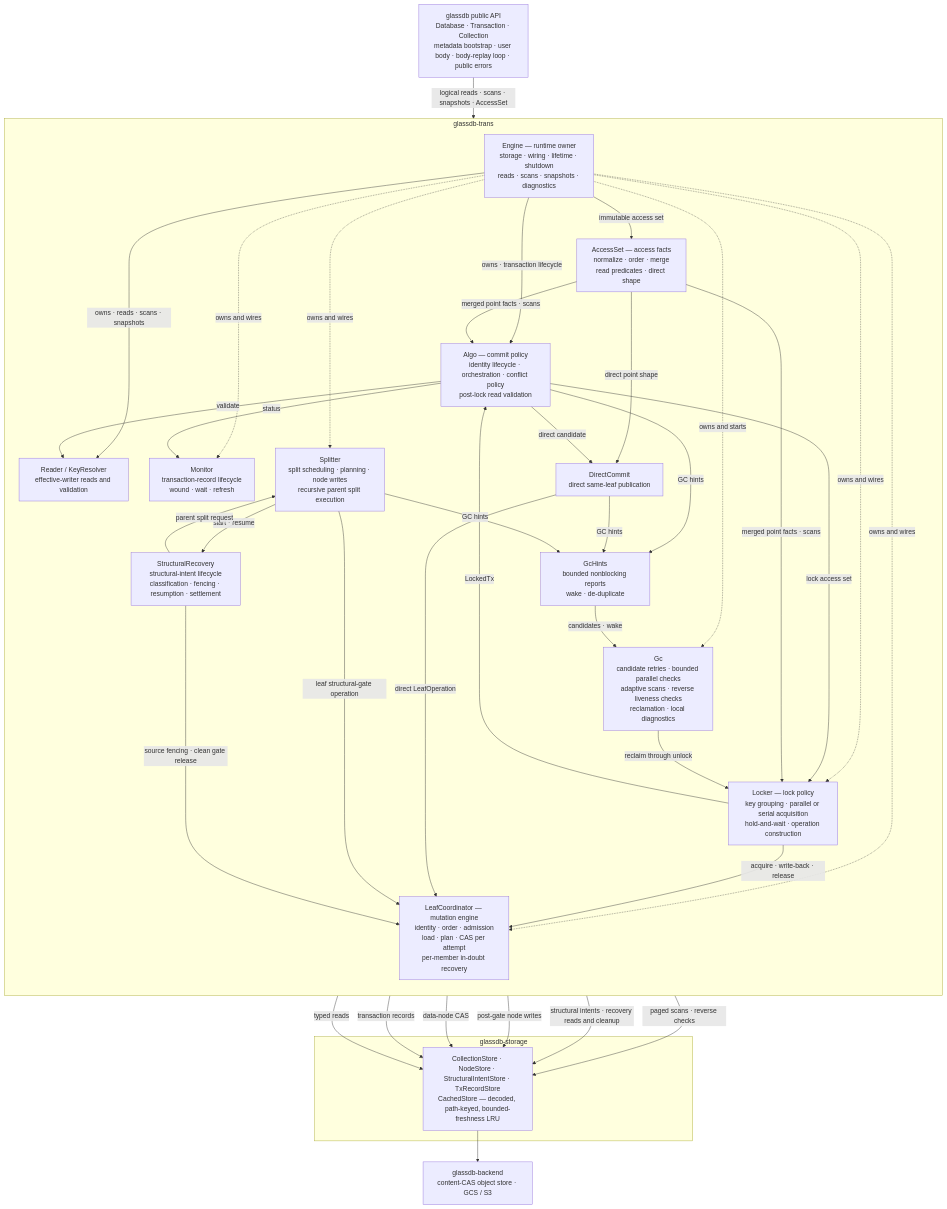
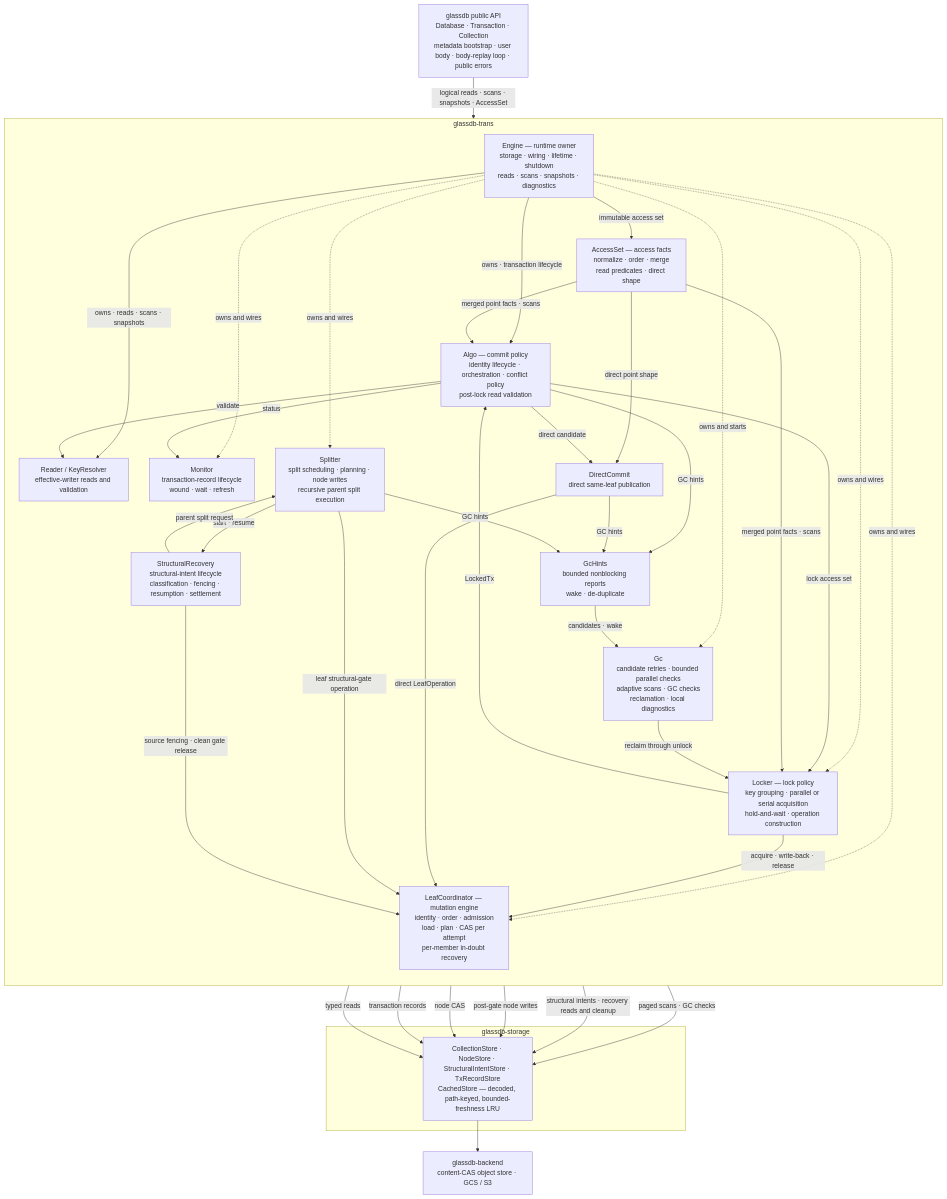
Before and after one commit to mbrt/glassdb-rs: the first of 3 diagrams in docs/architecture.md, drawn with Mermaid. The commit also changed other lines of this file and 83 other files, not shown here.

````diff
--- a/docs/architecture.md
+++ b/docs/architecture.md
@@ -174,63 +174,63 @@
 ```mermaid
 flowchart TD
   API["glassdb public API<br/>Database · Transaction · Collection<br/>metadata bootstrap · user body · body-replay loop · public errors"]
 
   subgraph TRANS["glassdb-trans"]
     direction TB
     Engine["Engine — runtime owner<br/>storage · wiring · lifetime · shutdown<br/>reads · scans · snapshots · diagnostics"]
     Accesses["AccessSet — access facts<br/>normalize · order · merge<br/>read predicates · direct shape"]
     Algo["Algo — commit policy<br/>identity lifecycle · orchestration · conflict policy<br/>post-lock read validation"]
     Reader["Reader / KeyResolver<br/>effective-writer reads and validation"]
     Locker["Locker — lock policy<br/>key grouping · parallel or serial acquisition<br/>hold-and-wait · operation construction"]
     Direct["DirectCommit<br/>direct same-leaf publication"]
     Monitor["Monitor<br/>transaction-record lifecycle<br/>wound · wait · refresh"]
     Hints["GcHints<br/>bounded nonblocking reports<br/>wake · de-duplicate"]
     Splitter["Splitter<br/>split scheduling · planning · node writes<br/>recursive parent split execution"]
     Recovery["StructuralRecovery<br/>structural-intent lifecycle<br/>classification · fencing · resumption · settlement"]
     Coord["LeafCoordinator — mutation engine<br/>identity · order · admission<br/>load · plan · CAS per attempt<br/>per-member in-doubt recovery"]
-    Gc["Gc<br/>candidate retries · bounded parallel checks<br/>adaptive scans · reverse liveness checks<br/>reclamation · local diagnostics"]
+    Gc["Gc<br/>candidate retries · bounded parallel checks<br/>adaptive scans · GC checks<br/>reclamation · local diagnostics"]
 
     Engine -->|"owns · transaction lifecycle"| Algo
     Engine -->|"immutable access set"| Accesses
     Engine -->|"owns · reads · scans · snapshots"| Reader
     Engine -.->|"owns and wires"| Locker
     Engine -.->|"owns and wires"| Monitor
     Engine -.->|"owns and wires"| Splitter
     Engine -.->|"owns and wires"| Coord
     Engine -.->|"owns and starts"| Gc
     Algo -->|"validate"| Reader
     Algo -->|"lock access set"| Locker
     Locker -->|"LockedTx"| Algo
     Algo -->|"status"| Monitor
     Accesses -->|"merged point facts · scans"| Algo
     Accesses -->|"merged point facts · scans"| Locker
     Accesses -->|"direct point shape"| Direct
     Algo -->|"direct candidate"| Direct
     Algo -->|"GC hints"| Hints
     Direct -->|"GC hints"| Hints
     Splitter -->|"GC hints"| Hints
     Splitter -->|"start · resume"| Recovery
     Recovery -->|"parent split request"| Splitter
     Hints -->|"candidates · wake"| Gc
     Locker -->|"acquire · write-back · release"| Coord
     Direct -->|"direct LeafOperation"| Coord
     Splitter -->|"leaf structural-gate operation"| Coord
     Recovery -->|"source fencing · clean gate release"| Coord
     Gc -->|"reclaim through unlock"| Locker
   end
 
   subgraph STORAGE["glassdb-storage"]
     Stores["CollectionStore · NodeStore · StructuralIntentStore · TxRecordStore<br/>CachedStore — decoded, path-keyed, bounded-freshness LRU"]
   end
 
   Backend["glassdb-backend<br/>content-CAS object store · GCS / S3"]
 
   API -->|"logical reads · scans · snapshots · AccessSet"| Engine
   Reader -->|"typed reads"| Stores
   Monitor -->|"transaction records"| Stores
-  Coord -->|"data-node CAS"| Stores
+  Coord -->|"node CAS"| Stores
   Splitter -->|"post-gate node writes"| Stores
   Recovery -->|"structural intents · recovery reads and cleanup"| Stores
-  Gc -->|"paged scans · reverse checks"| Stores
+  Gc -->|"paged scans · GC checks"| Stores
   Stores --> Backend
 ```
````
